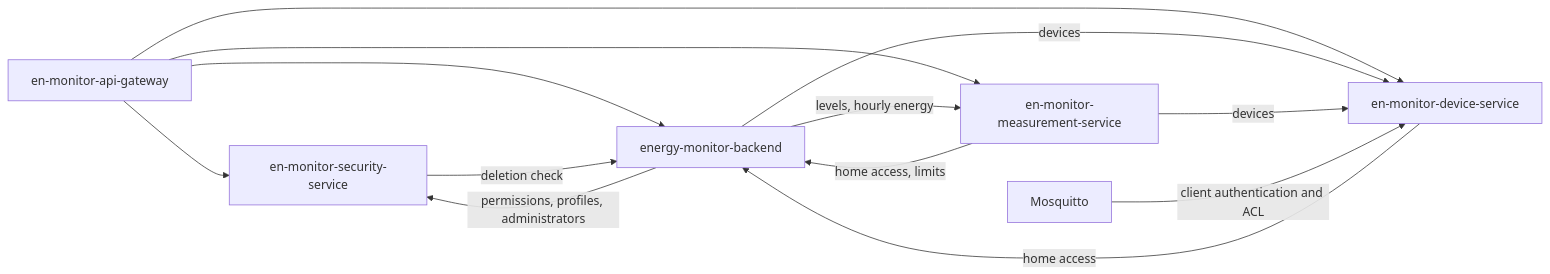
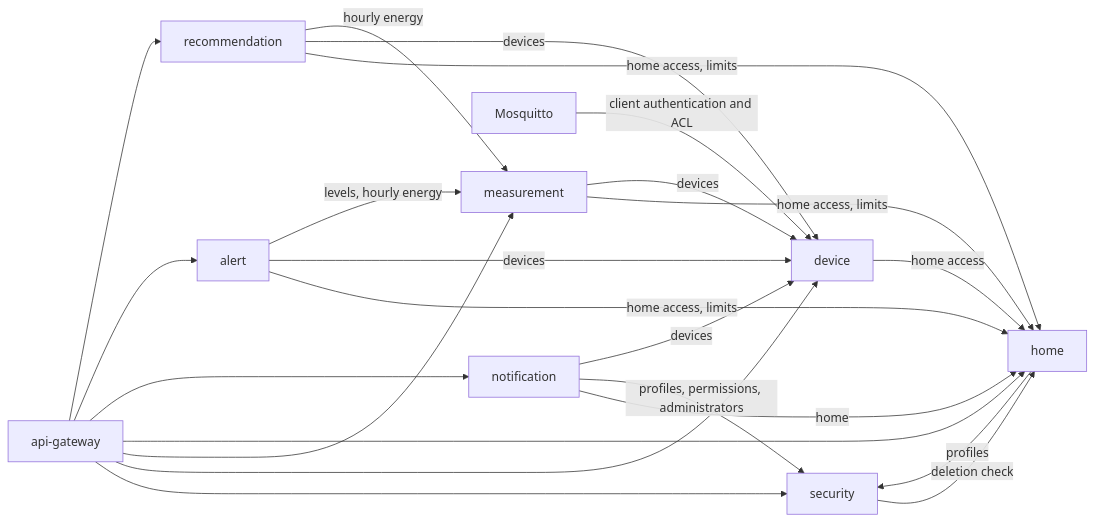
One commit to code-sena/en-monitor-docs changed the first of 2 diagrams in 09-microservices/dependency-map.md. Above: the diagram before and after it, drawn with Mermaid. The commit also changed other lines of this file and 2 other files, not shown here.

Commit message:
docs(microservices): update the catalog and the dependency map to the eight-service architecture

````diff
--- a/09-microservices/dependency-map.md
+++ b/09-microservices/dependency-map.md
@@ -13,22 +13,29 @@
 ```mermaid
 flowchart LR
-    GW[en-monitor-api-gateway]
-    SEC[en-monitor-security-service]
-    DEV[en-monitor-device-service]
-    MEA[en-monitor-measurement-service]
-    BE[energy-monitor-backend]
+    GW[api-gateway]
+    SEC[security]
+    DEV[device]
+    MEA[measurement]
+    HOM[home]
+    NOT[notification]
+    ALE[alert]
+    REC[recommendation]
     MQ[Mosquitto]
 
-    GW --> SEC
-    GW --> DEV
-    GW --> MEA
-    GW --> BE
-    BE -->|permissions, profiles, administrators| SEC
-    SEC -->|deletion check| BE
-    BE -->|devices| DEV
-    DEV -->|home access| BE
-    MEA -->|home access, limits| BE
+    GW --> SEC & DEV & MEA & HOM & NOT & ALE & REC
+    HOM -->|profiles| SEC
+    SEC -->|deletion check| HOM
+    DEV -->|home access| HOM
+    MEA -->|home access, limits| HOM
     MEA -->|devices| DEV
-    BE -->|levels, hourly energy| MEA
+    ALE -->|home access, limits| HOM
+    ALE -->|devices| DEV
+    ALE -->|levels, hourly energy| MEA
+    REC -->|home access, limits| HOM
+    REC -->|devices| DEV
+    REC -->|hourly energy| MEA
+    NOT -->|home| HOM
+    NOT -->|profiles, permissions, administrators| SEC
+    NOT -->|devices| DEV
     MQ -->|client authentication and ACL| DEV
 ```
````
